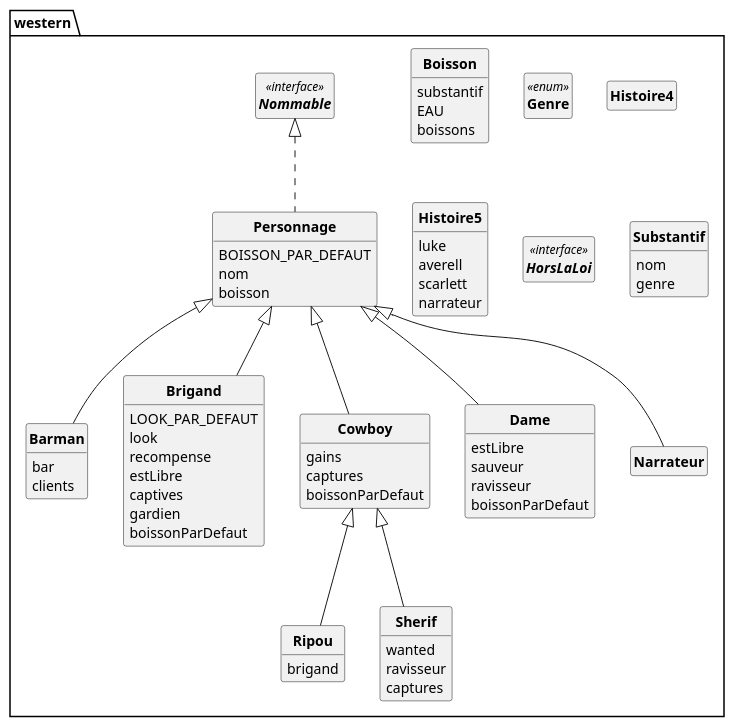
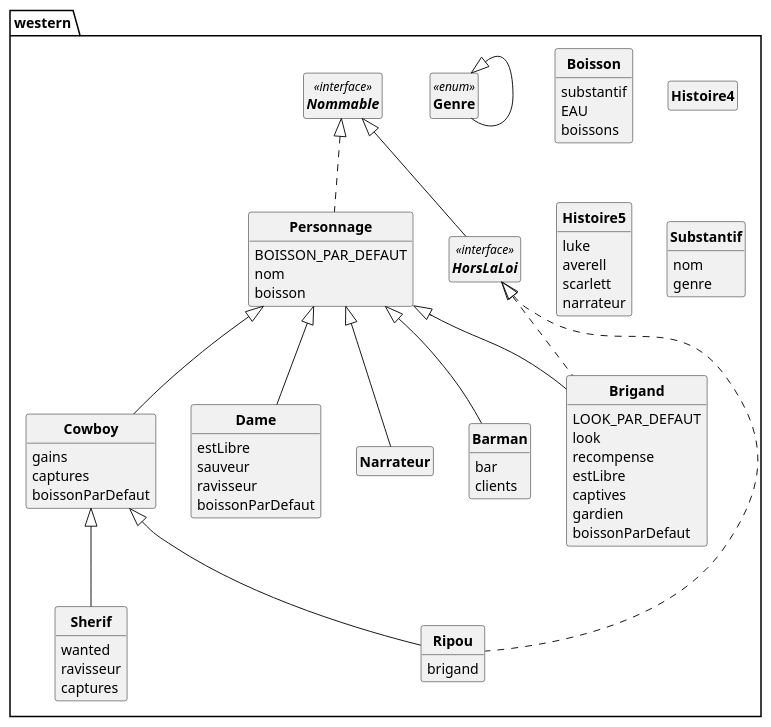
One commit to D3B1RUM4N/PumlFromJava changed the diagram in out/production/p21_projet/pumlCode.puml. Above: the diagram before and after it, drawn with PlantUML. The commit also changed 5 other files, not shown here.

```diff
--- a/out/production/p21_projet/pumlCode.puml
+++ b/out/production/p21_projet/pumlCode.puml
@@ -1,105 +1,105 @@
 @startuml
 
 'UML GENERE PAR CODE :)
 
 skinparam style strictuml
 skinparam classAttributeIconSize 0
 skinparam classFontStyle Bold
 hide empty members
 
 PACKAGE western{
 	CLASS Barman  extends western.Personnage {
 		bar
 		clients
 	}
 
 
 	CLASS Boisson  {
 		substantif
 		EAU
 		boissons
 	}
 
 
-	CLASS Brigand extends Personnage {
+	CLASS Brigand  extends western.Personnage implements western.HorsLaLoi {
 		LOOK_PAR_DEFAUT
 		look
 		recompense
 		estLibre
 		captives
 		gardien
 		boissonParDefaut
 	}
 
 
 	CLASS Cowboy  extends western.Personnage {
 		gains
 		captures
 		boissonParDefaut
 	}
 
 
 	CLASS Dame  extends western.Personnage {
 		estLibre
 		sauveur
 		ravisseur
 		boissonParDefaut
 	}
 
 
-	ENUM Genre<<enum>>{
+	ENUM Genre<<enum>> extends western.Genre{
 
 	}
 
 	CLASS Histoire4  {
 	}
 
 
 	CLASS Histoire5  {
 		luke
 		averell
 		scarlett
 		narrateur
 	}
 
 
-	INTERFACE HorsLaLoi<<interface>>{
+	INTERFACE HorsLaLoi <<interface>>  implements western.Nommable{
 
 	}
 
 	CLASS Narrateur  extends western.Personnage {
 	}
 
 
-	INTERFACE Nommable<<interface>>{
+	INTERFACE Nommable <<interface>> {
 
 	}
 
 	CLASS Personnage  implements western.Nommable {
 		BOISSON_PAR_DEFAUT
 		nom
 		boisson
 	}
 
 
-	CLASS Ripou  extends western.Cowboy {
+	CLASS Ripou  extends western.Cowboy implements western.HorsLaLoi {
 		brigand
 	}
 
 
 	CLASS Sherif  extends western.Cowboy {
 		wanted
 		ravisseur
 		captures
 	}
 
 
 	CLASS Substantif  {
 		nom
 		genre
 	}
 
 
 
 }
 @enduml
```
